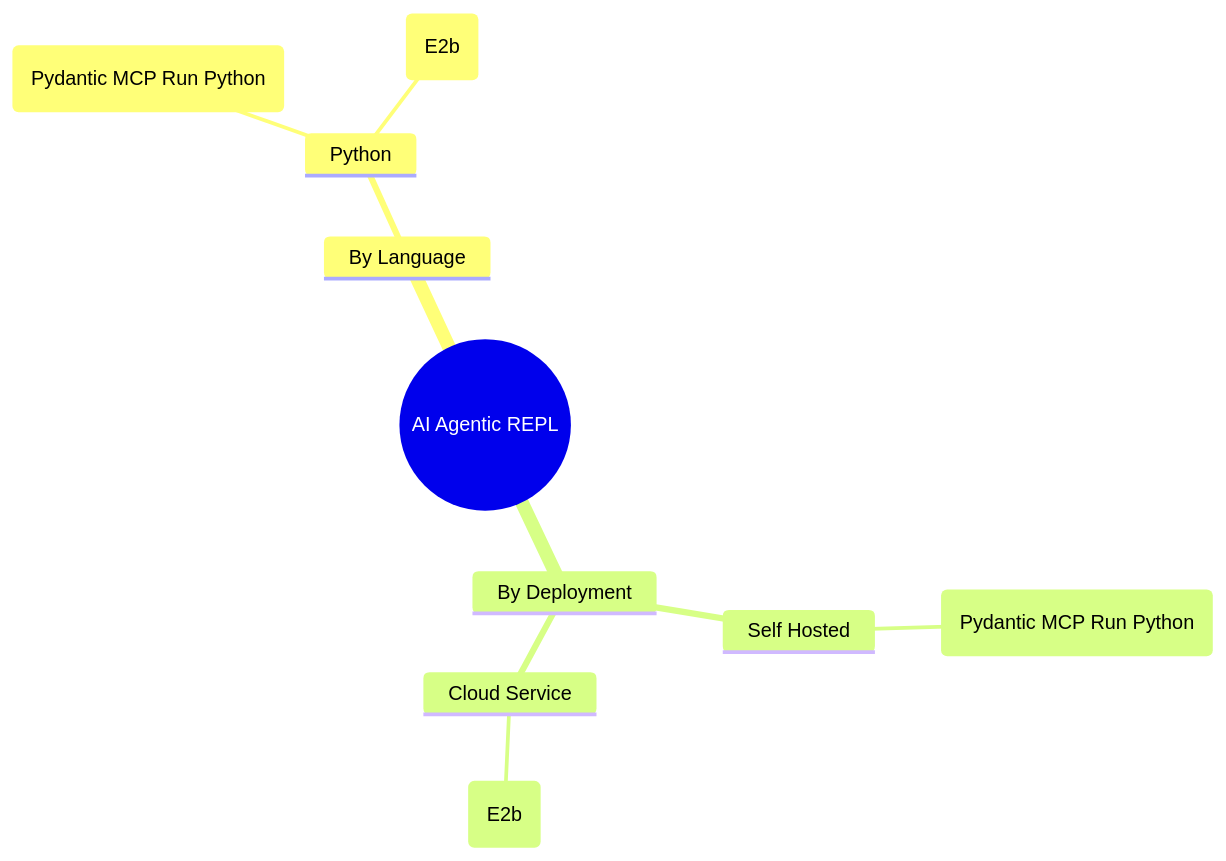
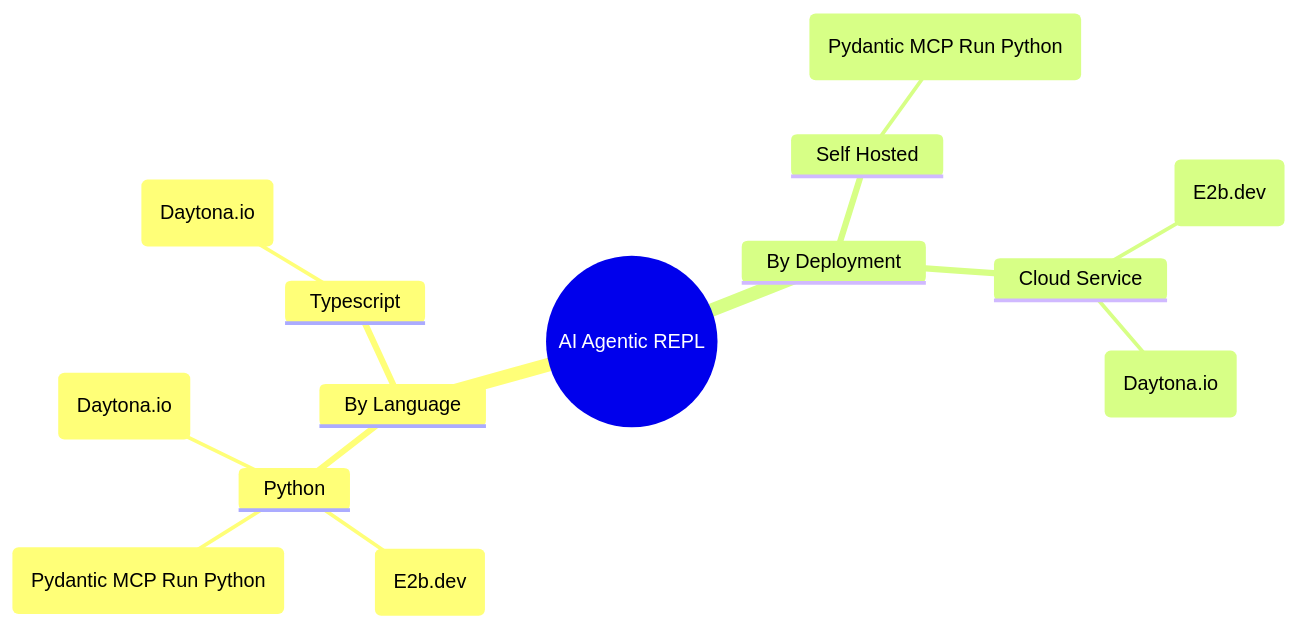
Before and after one commit to semaverse/agentic-codesandboxes: the diagram in README.md, drawn with Mermaid. The commit also changed other lines of this file, not shown here.

````diff
--- a/README.md
+++ b/README.md
@@ -5,14 +5,18 @@
 ```mermaid
 mindmap
   root((AI Agentic REPL))
     By Language
       Python
         ("Pydantic MCP Run Python")
-        ("E2b")
+        (E2b.dev)
+        (Daytona.io)
+      Typescript
+        (Daytona.io)
           
     By Deployment
       Self Hosted
          ("Pydantic MCP Run Python")
       Cloud Service
-         ("E2b")
+         (E2b.dev)
+         (Daytona.io)
 ```
````
